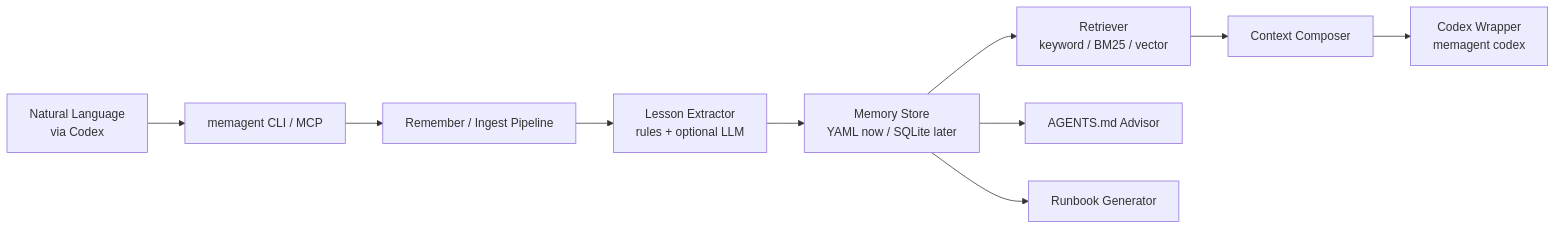
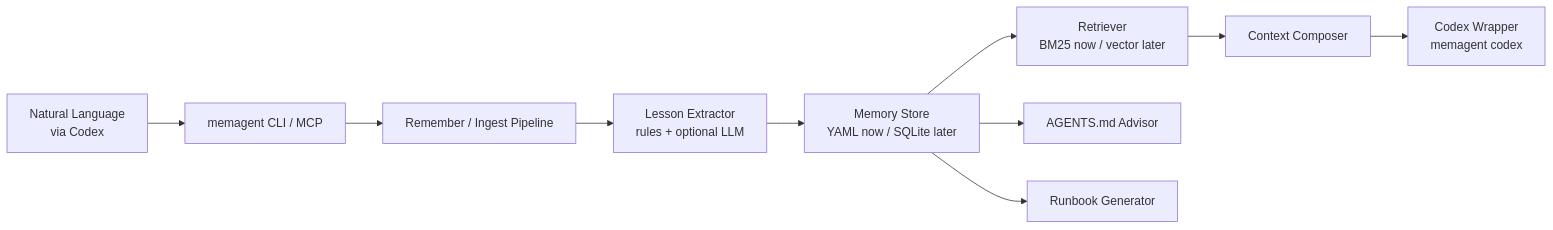
Before and after one commit to liuw55804-sys/MemAgent: the fourth of 5 diagrams in docs/product-plan.md, drawn with Mermaid. The commit also changed other lines of this file and 18 other files, not shown here.

````diff
--- a/docs/product-plan.md
+++ b/docs/product-plan.md
@@ -297,13 +297,13 @@
 ```mermaid
 flowchart LR
   NL["Natural Language<br>via Codex"] --> CLI["memagent CLI / MCP"]
   CLI --> ING["Remember / Ingest Pipeline"]
   ING --> EXT["Lesson Extractor<br>rules + optional LLM"]
   EXT --> STORE["Memory Store<br>YAML now / SQLite later"]
-  STORE --> RET["Retriever<br>keyword / BM25 / vector"]
+  STORE --> RET["Retriever<br>BM25 now / vector later"]
   RET --> CMP["Context Composer"]
   CMP --> WRAP["Codex Wrapper<br>memagent codex"]
 
   STORE --> AG["AGENTS.md Advisor"]
   STORE --> RB["Runbook Generator"]
 ```
````
